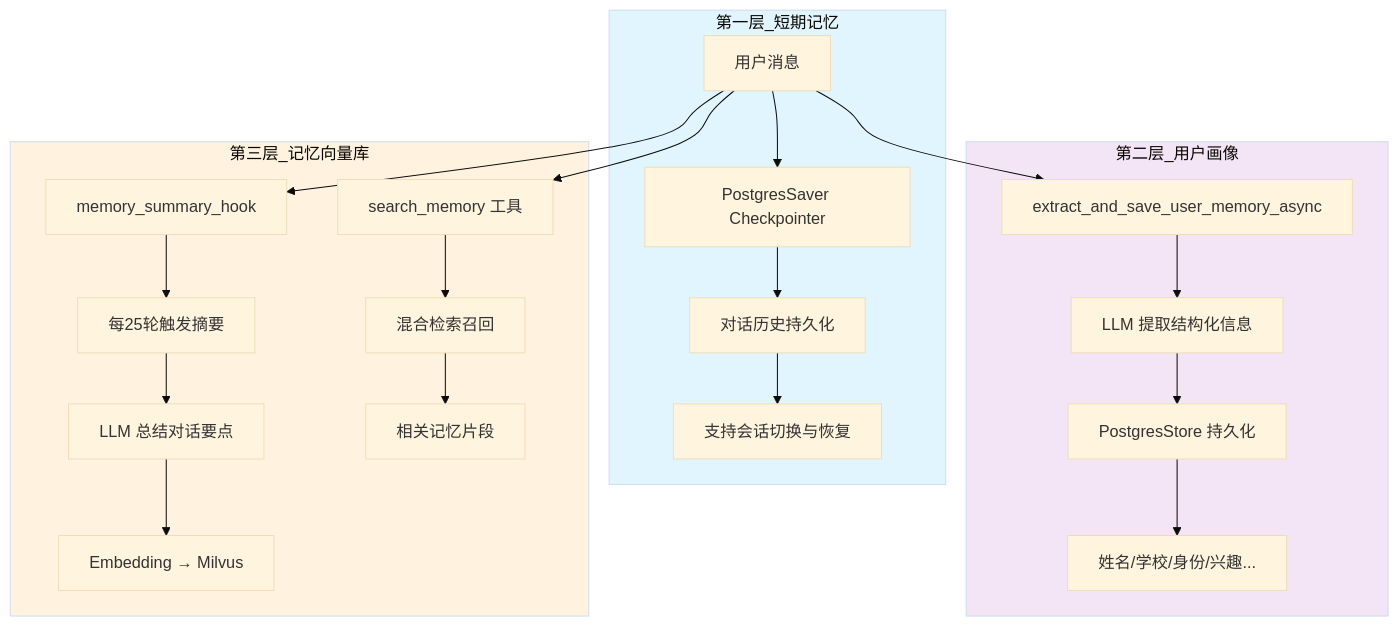
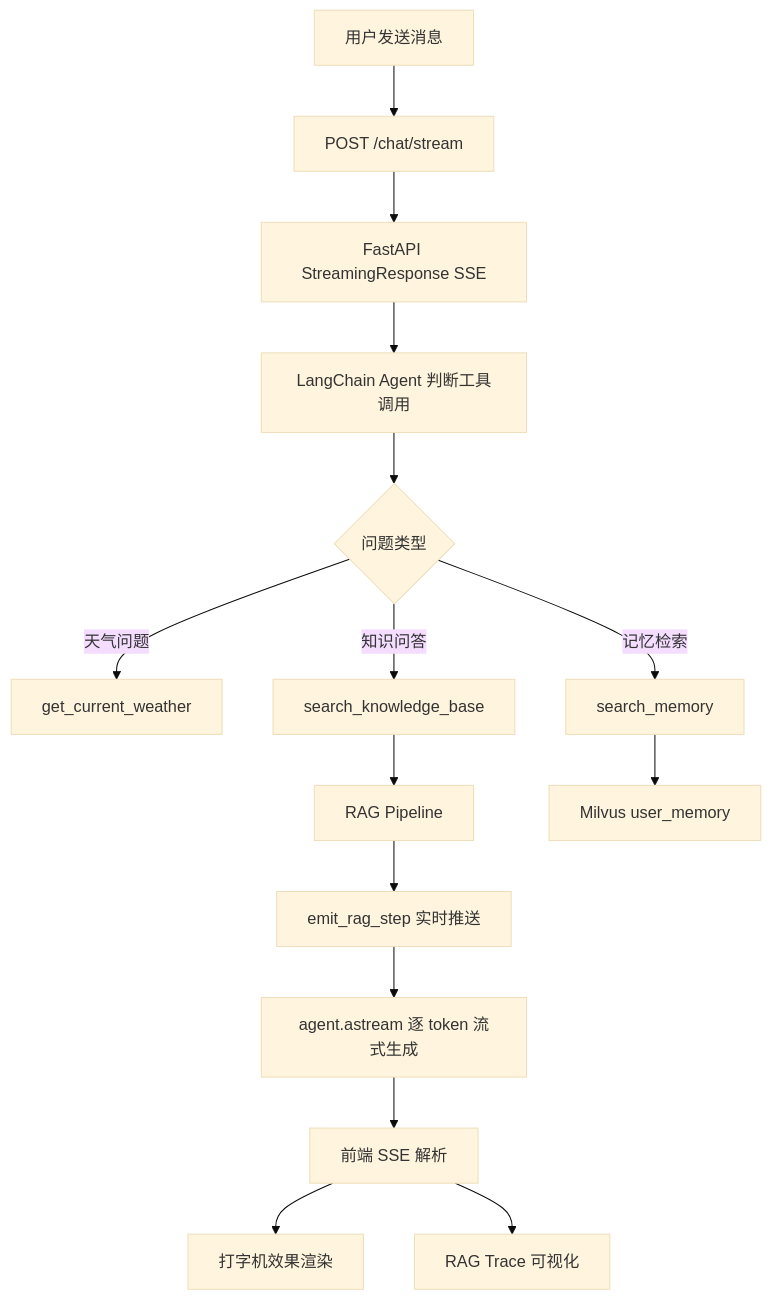
One commit to Chasen-Liao/SuperMew changed the first of 5 diagrams in README.md. Above: the diagram before and after it, drawn with Mermaid (base theme). The commit also changed other lines of this file and 2 other files, not shown here.

````diff
--- a/README.md
+++ b/README.md
@@ -348,29 +204,17 @@
 ```mermaid
-graph TB
-    subgraph 第一层_短期记忆
-        A[用户消息] --> B[PostgresSaver Checkpointer]
-        B --> C[对话历史持久化]
-        C --> D[支持会话切换与恢复]
-    end
-
-    subgraph 第二层_用户画像
-        A --> E[extract_and_save_user_memory_async]
-        E --> F[LLM 提取结构化信息]
-        F --> G[PostgresStore 持久化]
-        G --> H[姓名/学校/身份/兴趣...]
-    end
-
-    subgraph 第三层_记忆向量库
-        A --> I[memory_summary_hook]
-        I --> J[每25轮触发摘要]
-        J --> K[LLM 总结对话要点]
-        K --> L[Embedding → Milvus]
-        A --> M[search_memory 工具]
-        M --> N[混合检索召回]
-        N --> O[相关记忆片段]
-    end
-
-    style 第一层_短期记忆 fill:#e1f5fe
-    style 第二层_用户画像 fill:#f3e5f5
-    style 第三层_记忆向量库 fill:#fff3e0
+flowchart TD
+    A[用户发送消息] --> B[POST /chat/stream]
+    B --> C[FastAPI StreamingResponse SSE]
+    C --> D[LangChain Agent 判断工具调用]
+    D --> E{问题类型}
+    E -->|天气问题| F[get_current_weather]
+    E -->|知识问答| G[search_knowledge_base]
+    E -->|记忆检索| H[search_memory]
+    G --> I[RAG Pipeline]
+    H --> J[Milvus user_memory]
+    I --> K[emit_rag_step 实时推送]
+    K --> L[agent.astream 逐 token 流式生成]
+    L --> M[前端 SSE 解析]
+    M --> N[打字机效果渲染]
+    M --> O[RAG Trace 可视化]
 ```
````
